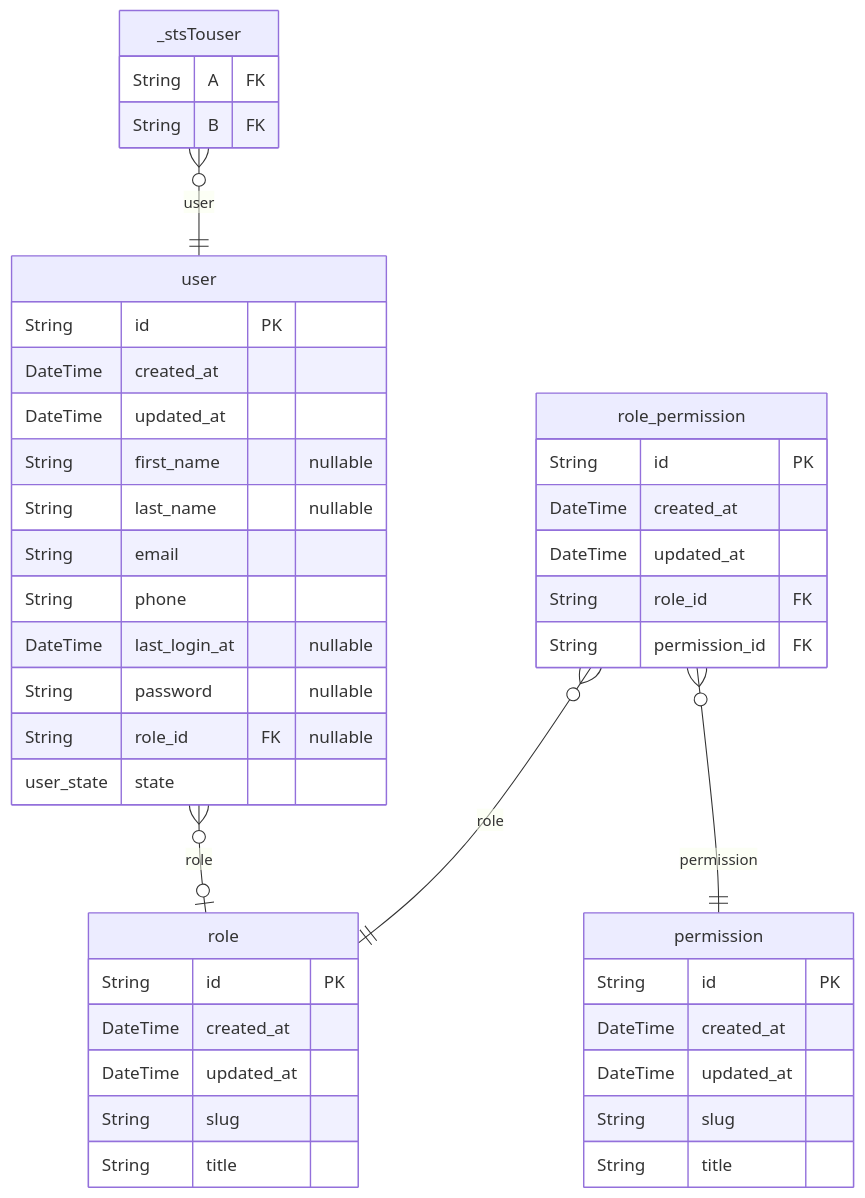
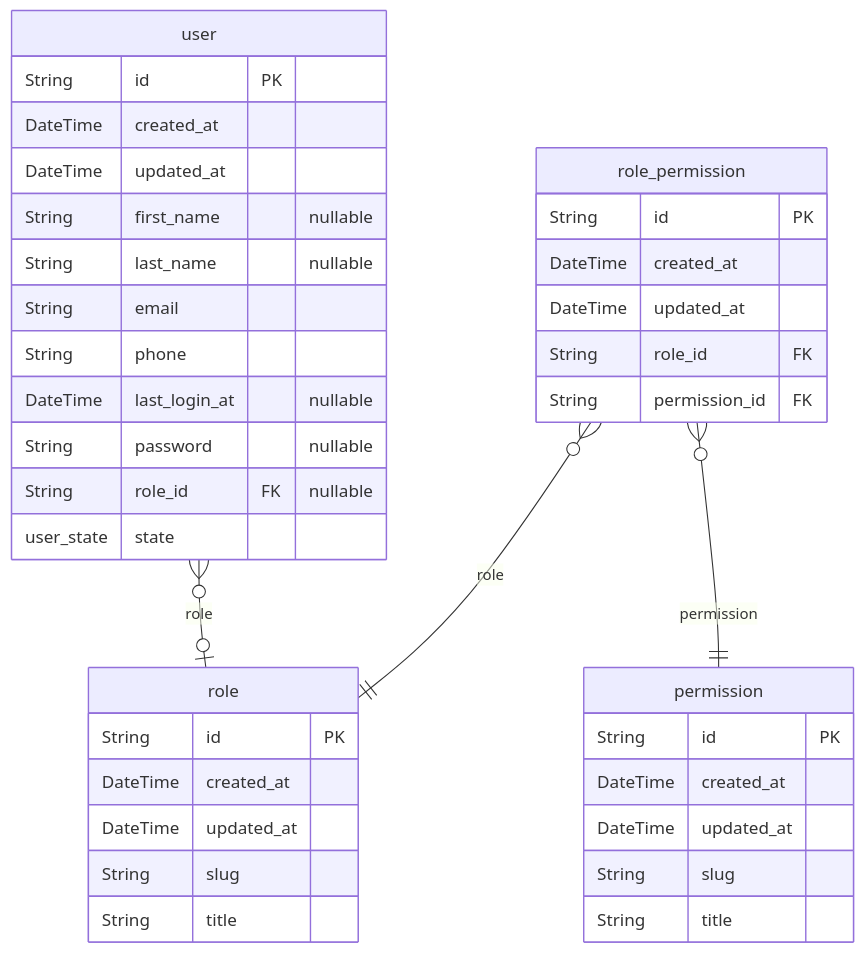
Before and after one commit to nurulhudaapon/codesamurai-final: the first of 2 diagrams in packages/db/README.md, drawn with Mermaid. The commit also changed other lines of this file and 24 other files, not shown here.

````diff
--- a/packages/db/README.md
+++ b/packages/db/README.md
@@ -8,45 +8,40 @@
 ```mermaid
 erDiagram
 "user" {
   String id PK
   DateTime created_at
   DateTime updated_at
   String first_name "nullable"
   String last_name "nullable"
   String email
   String phone
   DateTime last_login_at "nullable"
   String password "nullable"
   String role_id FK "nullable"
   user_state state
 }
 "role" {
   String id PK
   DateTime created_at
   DateTime updated_at
   String slug
   String title
 }
 "permission" {
   String id PK
   DateTime created_at
   DateTime updated_at
   String slug
   String title
 }
 "role_permission" {
   String id PK
   DateTime created_at
   DateTime updated_at
   String role_id FK
   String permission_id FK
 }
-"_stsTouser" {
-  String A FK
-  String B FK
-}
 "user" }o--o| "role" : role
 "role_permission" }o--|| "role" : role
 "role_permission" }o--|| "permission" : permission
-"_stsTouser" }o--|| "user" : user
 ```
````
